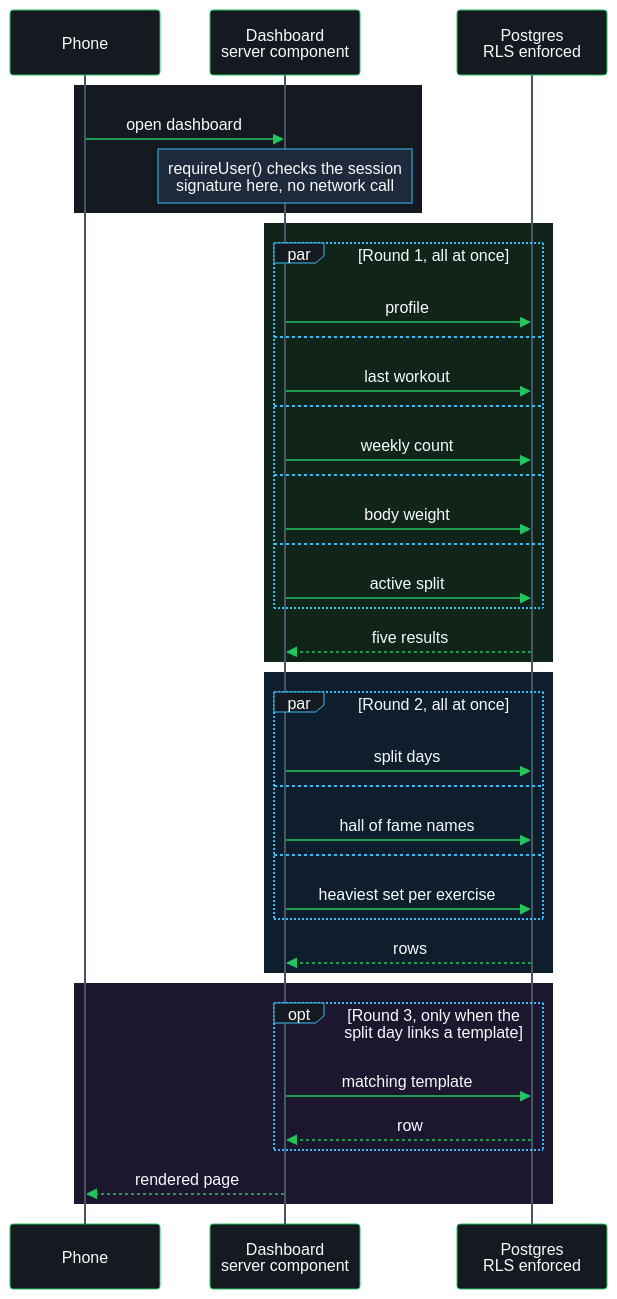
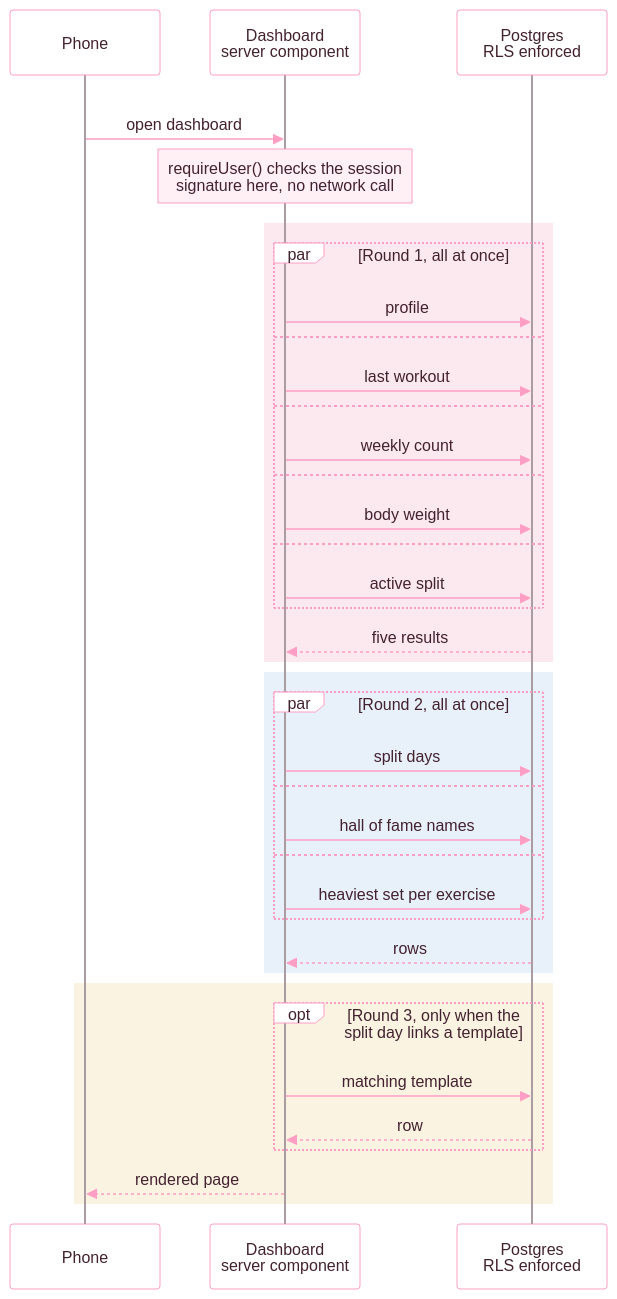
The second of 3 diagrams in docs/architecture.md (divyanshjoshii/workout-tracker), drawn with Mermaid before and after one commit. The commit also changed other lines of this file and 4 other files, not shown here.

First line of the commit message:
docs: recolour diagrams and badges to the pink theme

````diff
--- a/docs/architecture.md
+++ b/docs/architecture.md
@@ -215,47 +215,47 @@
 ```mermaid
-%%{init: {"theme": "base", "themeVariables": {"actorBkg": "#151A21", "actorBorder": "#22C55E", "actorTextColor": "#F8FAFC", "actorLineColor": "#475569", "signalColor": "#22C55E", "signalTextColor": "#F8FAFC", "labelBoxBkgColor": "#151A21", "labelBoxBorderColor": "#38BDF8", "labelTextColor": "#F8FAFC", "loopTextColor": "#F8FAFC", "noteBkgColor": "#1E293B", "noteTextColor": "#F8FAFC", "noteBorderColor": "#38BDF8", "activationBkgColor": "#22C55E", "activationBorderColor": "#22C55E"}}}%%
-%% palette 219897bf
+%%{init: {"theme":"base","themeVariables":{"background":"#FFFFFF","primaryColor":"#FFFFFF","primaryTextColor":"#43222F","primaryBorderColor":"#FF9EC4","lineColor":"#FF9EC4","secondaryColor":"#FFF3F8","tertiaryColor":"#FFFFFF","textColor":"#43222F","edgeLabelBackground":"#FFFFFF","clusterBkg":"#FFFFFF","clusterBorder":"#D9D3D5","titleColor":"#43222F","rowOdd":"#FFFFFF","rowEven":"#F4F2F3","attributeBackgroundColorOdd":"#FFFFFF","attributeBackgroundColorEven":"#F4F2F3","actorBkg":"#FFFFFF","actorBorder":"#FF9EC4","actorTextColor":"#43222F","actorLineColor":"#AA9CA1","signalColor":"#FF9EC4","signalTextColor":"#43222F","labelBoxBkgColor":"#FFFFFF","labelBoxBorderColor":"#FF9EC4","labelTextColor":"#43222F","loopTextColor":"#43222F","noteBkgColor":"#FFF0F6","noteTextColor":"#43222F","noteBorderColor":"#FF9EC4","activationBkgColor":"#FF9EC4","activationBorderColor":"#FF9EC4"}}}%%
+%% palette 24b50cd8
 sequenceDiagram
     participant P as Phone
     participant D as Dashboard<br/>server component
     participant DB as Postgres<br/>RLS enforced
 
-    rect rgb(21, 26, 33)
+    rect rgb(255, 255, 255)
         P->>D: open dashboard
         Note over D: requireUser() checks the session<br/>signature here, no network call
     end
 
-    rect rgb(16, 36, 26)
+    rect rgb(252, 232, 239)
         par Round 1, all at once
             D->>DB: profile
         and
             D->>DB: last workout
         and
             D->>DB: weekly count
         and
             D->>DB: body weight
         and
             D->>DB: active split
         end
         DB-->>D: five results
     end
 
-    rect rgb(14, 30, 44)
+    rect rgb(232, 241, 249)
         par Round 2, all at once
             D->>DB: split days
         and
             D->>DB: hall of fame names
         and
             D->>DB: heaviest set per exercise
         end
         DB-->>D: rows
     end
 
-    rect rgb(28, 22, 46)
+    rect rgb(251, 243, 226)
         opt Round 3, only when the split day links a template
             D->>DB: matching template
             DB-->>D: row
         end
         D-->>P: rendered page
     end
 ```
````
